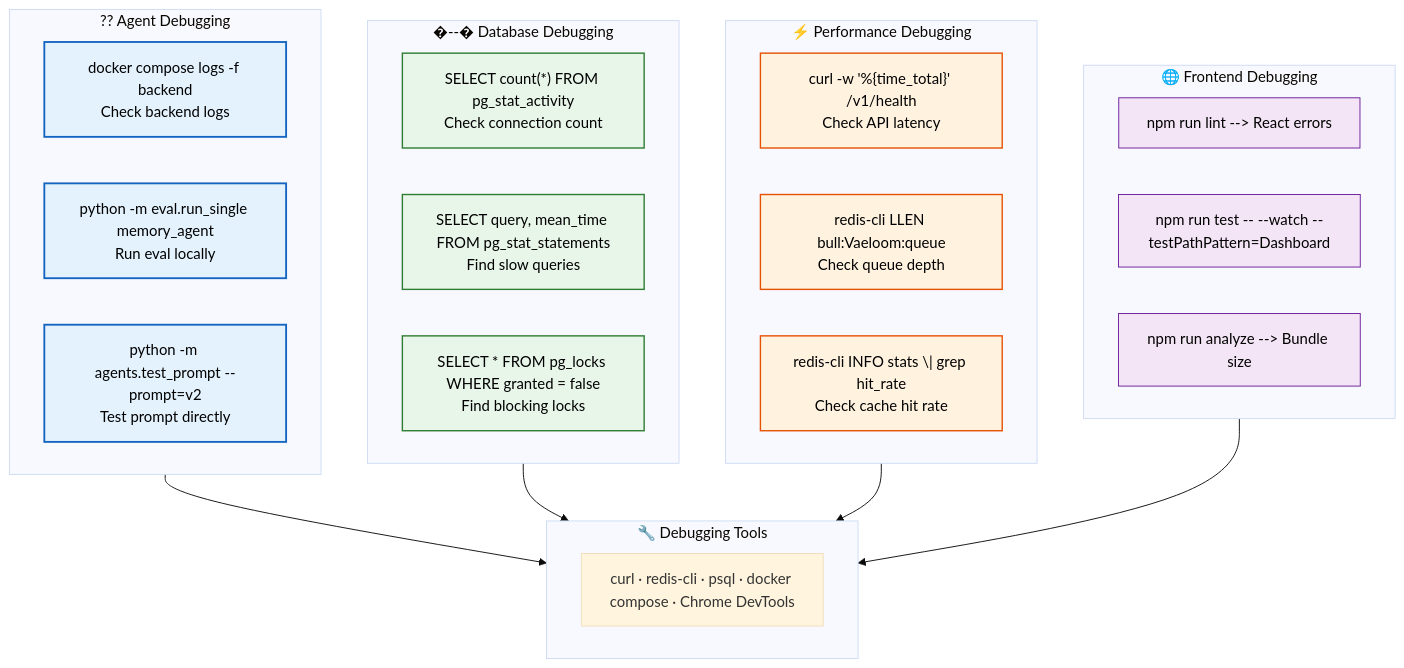
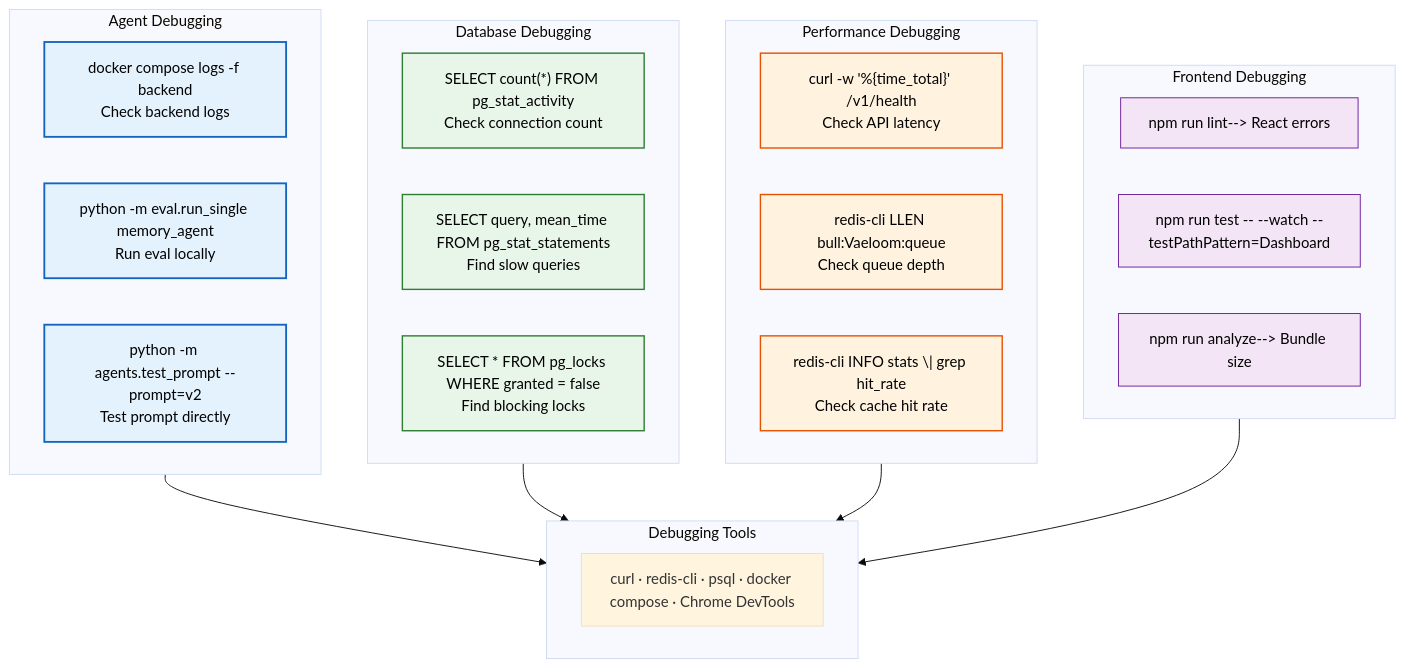
One commit to Driftloom/Vaeloom changed the diagram in docs/developer-experience/Debugging.md. Above: the diagram before and after it, drawn with Mermaid (base theme). The commit also changed other lines of this file and 694 other files, not shown here.

First line of the commit message:
docs: mermaid standardization — encoding/mermaid/duplicate cleanup

````diff
--- a/docs/developer-experience/Debugging.md
+++ b/docs/developer-experience/Debugging.md
@@ -7,43 +7,43 @@
 ```mermaid
 graph TD
-    classDef agent fill:#e3f2fd,stroke:#1565c0,color:#000,stroke-width:2px
-    classDef db fill:#e8f5e9,stroke:#2e7d32,color:#000,stroke-width:1.5px
-    classDef perf fill:#fff3e0,stroke:#e65100,color:#000,stroke-width:1.5px
-    classDef frontend fill:#f3e5f5,stroke:#6a1b9a,color:#000,stroke-width:1px
+ classDef agent fill:#e3f2fd,stroke:#1565c0,color:#000,stroke-width:2px
+ classDef db fill:#e8f5e9,stroke:#2e7d32,color:#000,stroke-width:1.5px
+ classDef perf fill:#fff3e0,stroke:#e65100,color:#000,stroke-width:1.5px
+ classDef frontend fill:#f3e5f5,stroke:#6a1b9a,color:#000,stroke-width:1px
 
-    subgraph Agent["?? Agent Debugging"]
-        A1["docker compose logs -f backend<br/>Check backend logs"]
-        A2["python -m eval.run_single memory_agent<br/>Run eval locally"]
-        A3["python -m agents.test_prompt --prompt=v2<br/>Test prompt directly"]
-    end
+ subgraph Agent["Agent Debugging"]
+ A1["docker compose logs -f backend<br/>Check backend logs"]
+ A2["python -m eval.run_single memory_agent<br/>Run eval locally"]
+ A3["python -m agents.test_prompt --prompt=v2<br/>Test prompt directly"]
+ end
 
-    subgraph Database["�--�️ Database Debugging"]
-        D1["SELECT count(*) FROM pg_stat_activity<br/>Check connection count"]
-        D2["SELECT query, mean_time FROM pg_stat_statements<br/>Find slow queries"]
-        D3["SELECT * FROM pg_locks WHERE granted = false<br/>Find blocking locks"]
-    end
+ subgraph Database["Database Debugging"]
+ D1["SELECT count(*) FROM pg_stat_activity<br/>Check connection count"]
+ D2["SELECT query, mean_time FROM pg_stat_statements<br/>Find slow queries"]
+ D3["SELECT * FROM pg_locks WHERE granted = false<br/>Find blocking locks"]
+ end
 
-    subgraph Performance["⚡ Performance Debugging"]
-        P1["curl -w '%{time_total}' /v1/health<br/>Check API latency"]
-        P2["redis-cli LLEN bull:Vaeloom:queue<br/>Check queue depth"]
-        P3["redis-cli INFO stats \| grep hit_rate<br/>Check cache hit rate"]
-    end
+ subgraph Performance["Performance Debugging"]
+ P1["curl -w '%{time_total}' /v1/health<br/>Check API latency"]
+ P2["redis-cli LLEN bull:Vaeloom:queue<br/>Check queue depth"]
+ P3["redis-cli INFO stats \| grep hit_rate<br/>Check cache hit rate"]
+ end
 
-    subgraph Frontend["🌐 Frontend Debugging"]
-        F1["npm run lint --> React errors"]
-        F2["npm run test -- --watch --testPathPattern=Dashboard"]
-        F3["npm run analyze --> Bundle size"]
-    end
+ subgraph Frontend["Frontend Debugging"]
+ F1["npm run lint--> React errors"]
+ F2["npm run test -- --watch --testPathPattern=Dashboard"]
+ F3["npm run analyze--> Bundle size"]
+ end
 
-    subgraph Tools["🔧 Debugging Tools"]
-        T1["curl · redis-cli · psql · docker compose · Chrome DevTools"]
-    end
+ subgraph Tools["Debugging Tools"]
+ T1["curl · redis-cli · psql · docker compose · Chrome DevTools"]
+ end
 
-    Agent & Database & Performance & Frontend --> Tools
+ Agent & Database & Performance & Frontend--> Tools
 
-    class A1,A2,A3 agent
-    class D1,D2,D3 db
-    class P1,P2,P3 perf
-    class F1,F2,F3 frontend
-    class T1 tools
+ class A1,A2,A3 agent
+ class D1,D2,D3 db
+ class P1,P2,P3 perf
+ class F1,F2,F3 frontend
+ class T1 tools
 ```
````
